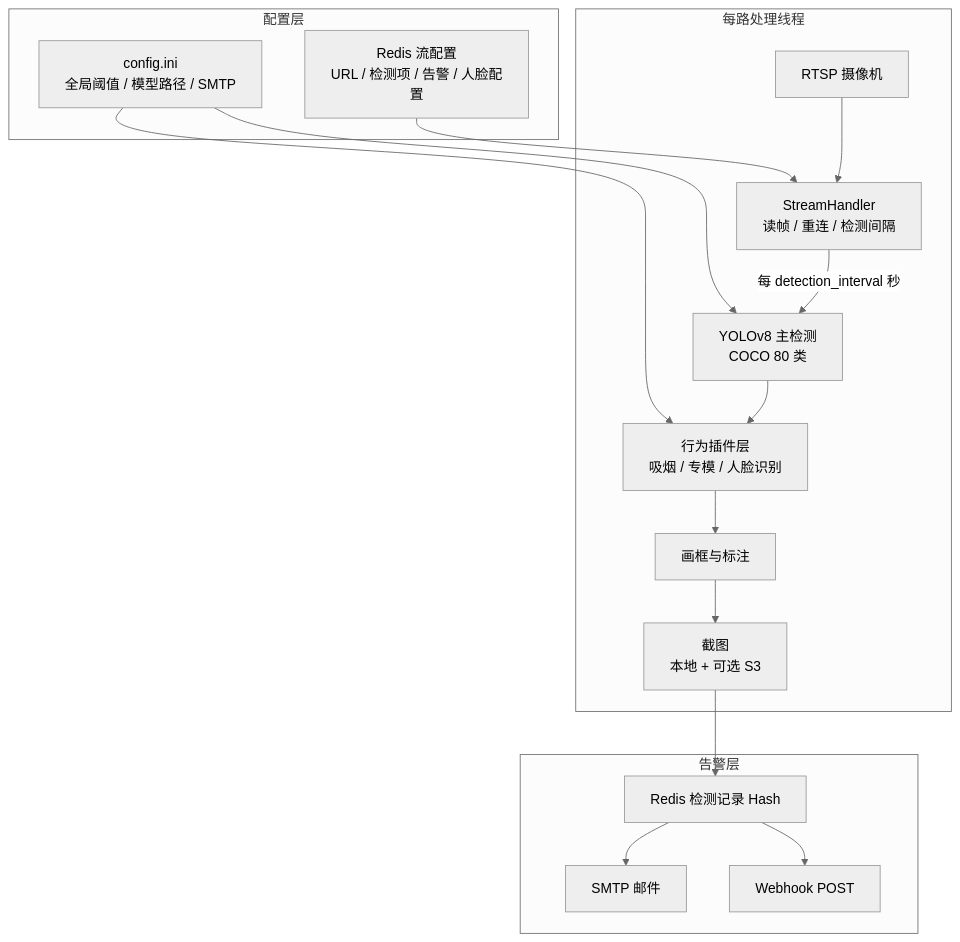
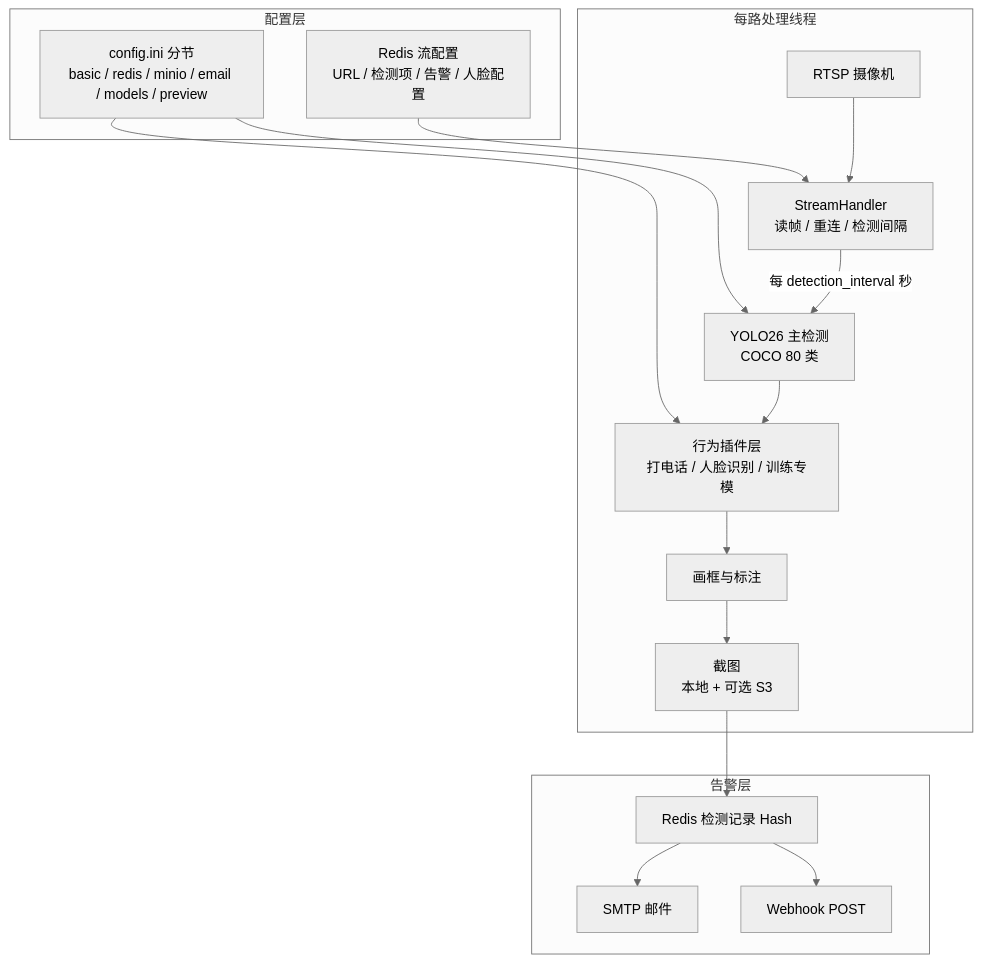
Before and after one commit to jiaxu-wang/JXVisionAI: the diagram in docs/architecture.md, drawn with Mermaid (neutral theme). The commit also changed other lines of this file and 39 other files, not shown here.

````diff
--- a/docs/architecture.md
+++ b/docs/architecture.md
@@ -35,34 +38,34 @@
 ```mermaid
 flowchart TB
   subgraph config [配置层]
     Redis_cfg[Redis 流配置<br/>URL / 检测项 / 告警 / 人脸配置]
-    Ini[config.ini<br/>全局阈值 / 模型路径 / SMTP]
+    Ini[config.ini 分节<br/>basic / redis / minio / email / models / preview]
   end
 
   subgraph thread [每路处理线程]
     RTSP[RTSP 摄像机]
     SH[StreamHandler<br/>读帧 / 重连 / 检测间隔]
-    YOLO[YOLOv8 主检测<br/>COCO 80 类]
-    Behaviors[行为插件层<br/>吸烟 / 专模 / 人脸识别]
+    YOLO[YOLO26 主检测<br/>COCO 80 类]
+    Behaviors[行为插件层<br/>打电话 / 人脸识别 / 训练专模]
     Draw[画框与标注]
     Snap[截图<br/>本地 + 可选 S3]
   end
 
   subgraph alert [告警层]
     Redis_rec[Redis 检测记录 Hash]
     Mail[SMTP 邮件]
     Hook[Webhook POST]
   end
 
   Redis_cfg --> SH
   Ini --> YOLO
   Ini --> Behaviors
   RTSP --> SH
   SH -->|每 detection_interval 秒| YOLO
   YOLO --> Behaviors
   Behaviors --> Draw
   Draw --> Snap
   Snap --> Redis_rec
   Redis_rec --> Mail
   Redis_rec --> Hook
 ```
````
